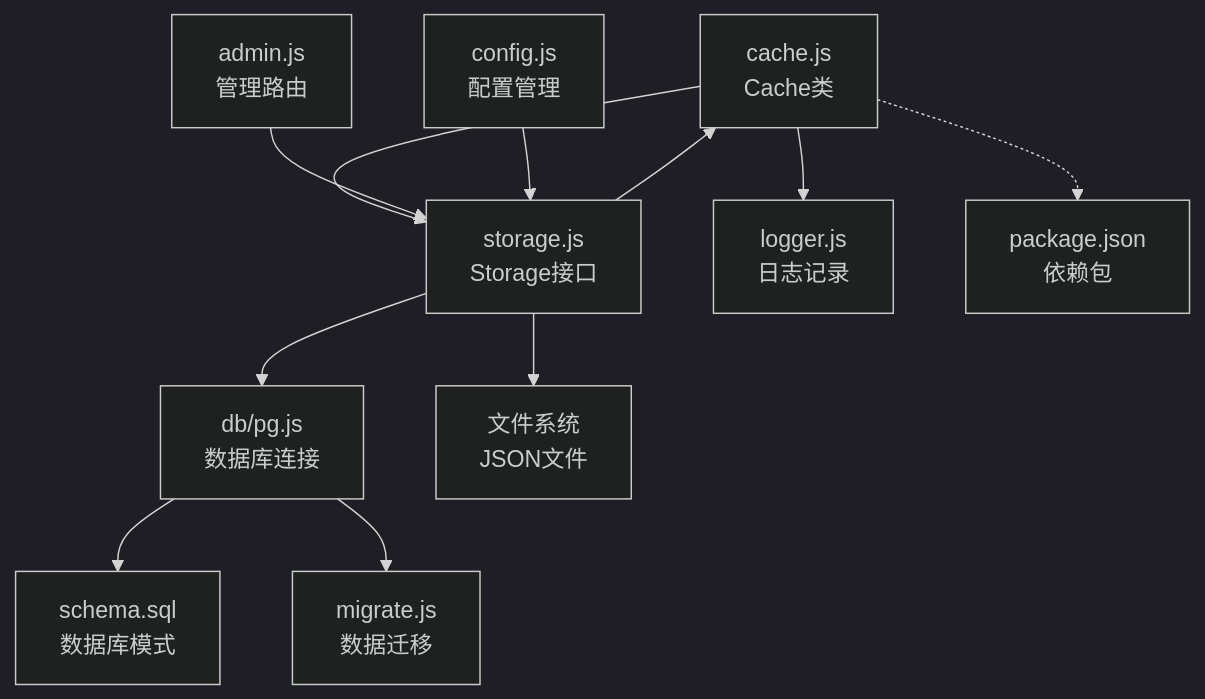
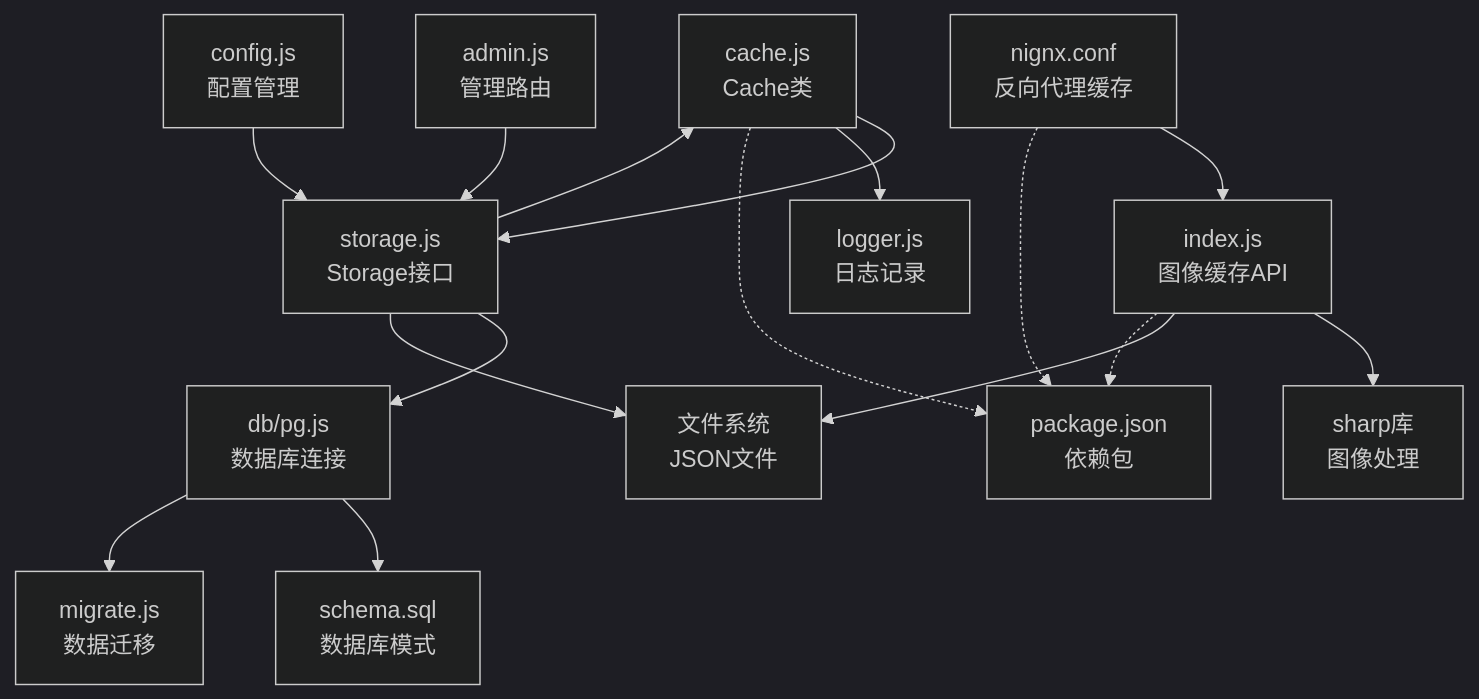
The tenth of 11 diagrams in .qoder/repowiki/zh/content/后端服务架构/数据存储系统/缓存机制设计.md (Giraffe-Han/microAPP), drawn with Mermaid (dark theme) before and after one commit. The commit also changed other lines of this file and 6 other files, not shown here.

````diff
--- a/.qoder/repowiki/zh/content/后端服务架构/数据存储系统/缓存机制设计.md
+++ b/.qoder/repowiki/zh/content/后端服务架构/数据存储系统/缓存机制设计.md
@@ -282,13 +497,18 @@
 ```mermaid
 graph TB
 Cache[cache.js<br/>Cache类] --> Storage[storage.js<br/>Storage接口]
 Cache --> Logger[logger.js<br/>日志记录]
+ImageCache[index.js<br/>图像缓存API] --> Sharp[sharp库<br/>图像处理]
+ImageCache --> FS[文件系统<br/>磁盘缓存]
+NginxCache[nignx.conf<br/>反向代理缓存] --> ImageCache
 Storage --> Cache
 Storage --> DB[db/pg.js<br/>数据库连接]
 Storage --> FS[文件系统<br/>JSON文件]
 Routes[admin.js<br/>管理路由] --> Storage
 Config[config.js<br/>配置管理] --> Storage
 DB --> Schema[schema.sql<br/>数据库模式]
 DB --> Migrate[migrate.js<br/>数据迁移]
 Cache -.-> Package[package.json<br/>依赖包]
+ImageCache -.-> Package
+NginxCache -.-> Package
 ```
````
